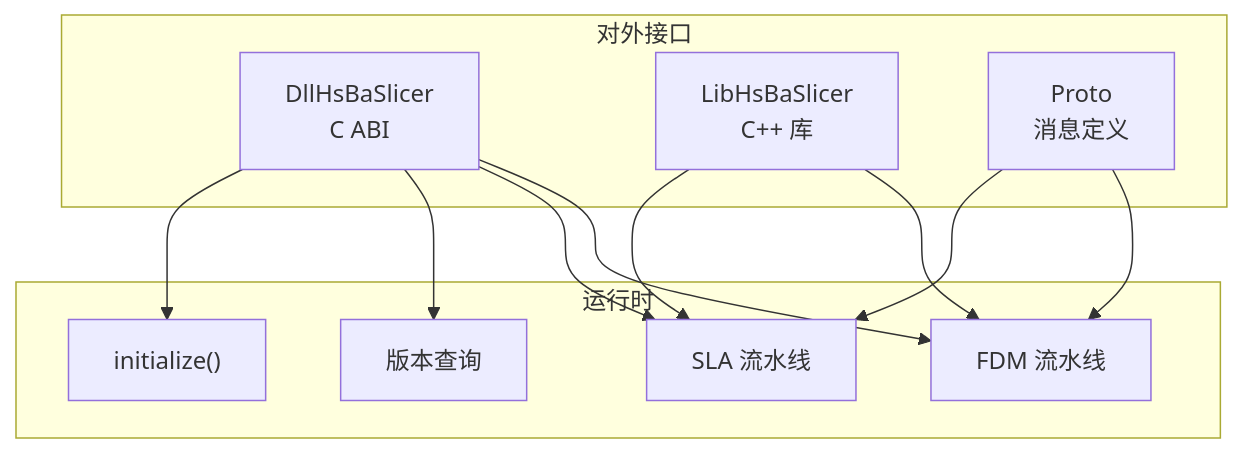
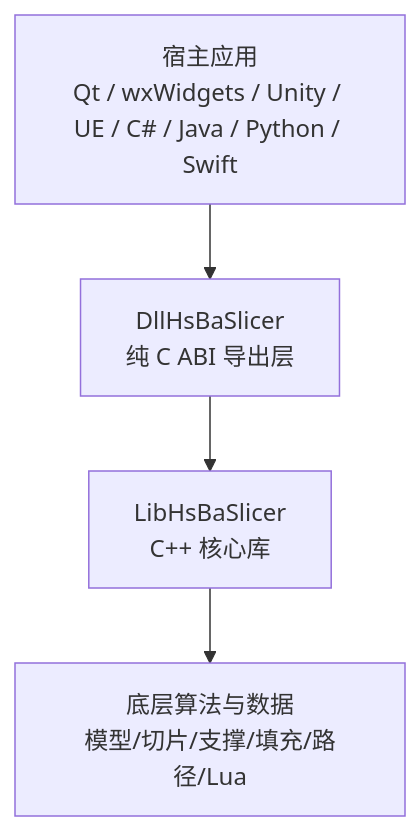
Before and after one commit to hsmbanlance/HsBaSlicer: the first of 3 diagrams in .qoder/repowiki/zh/content/API 参考文档/API 参考文档.md, drawn with Mermaid. The commit also changed other lines of this file and 1095 other files, not shown here.

````diff
--- a/.qoder/repowiki/zh/content/API 参考文档/API 参考文档.md
+++ b/.qoder/repowiki/zh/content/API 参考文档/API 参考文档.md
@@ -47,22 +54,6 @@
 ```mermaid
 graph TB
-subgraph "对外接口"
-DLL["DllHsBaSlicer<br/>C ABI"]
-LIB["LibHsBaSlicer<br/>C++ 库"]
-PROTO["Proto<br/>消息定义"]
-end
-subgraph "运行时"
-INIT["initialize()"]
-FDM["FDM 流水线"]
-SLA["SLA 流水线"]
-VER["版本查询"]
-end
-DLL --> FDM
-DLL --> SLA
-DLL --> VER
-DLL --> INIT
-LIB --> FDM
-LIB --> SLA
-PROTO --> FDM
-PROTO --> SLA
+Host["宿主应用<br/>Qt / wxWidgets / Unity / UE / C# / Java / Python / Swift"] --> Dll["DllHsBaSlicer<br/>纯 C ABI 导出层"]
+Dll --> Lib["LibHsBaSlicer<br/>C++ 核心库"]
+Lib --> Core["底层算法与数据<br/>模型/切片/支撑/填充/路径/Lua"]
 ```
````
